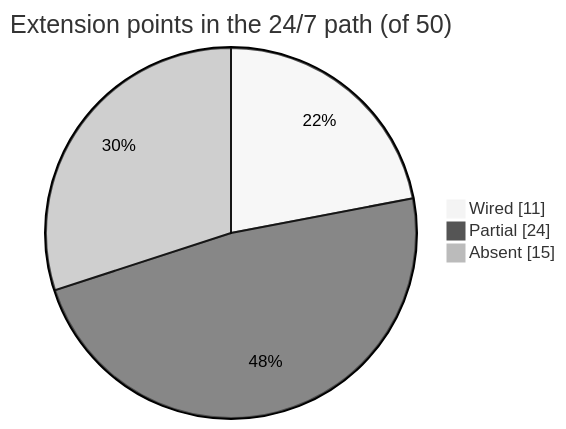
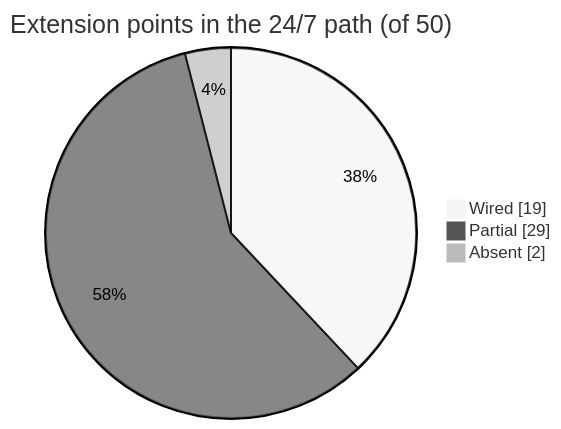
The seventh of 7 diagrams in README.md (simpletibr/simplicio-loop), drawn with Mermaid (neutral theme) before and after one commit. The commit also changed 17 other files, not shown here.

````diff
--- a/README.md
+++ b/README.md
@@ -137,6 +137,6 @@
 ```mermaid
 pie showData title Extension points in the 24/7 path (of 50)
-  "Wired" : 11
-  "Partial" : 24
-  "Absent" : 15
+  "Wired" : 19
+  "Partial" : 29
+  "Absent" : 2
 ```
````
